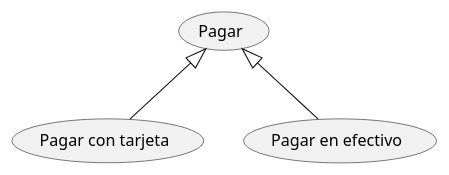
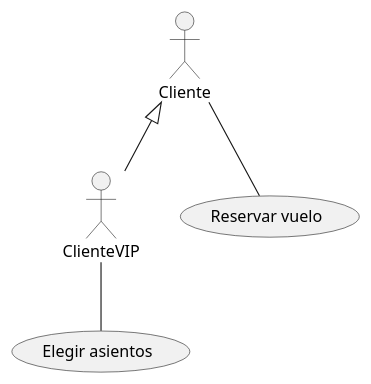
Before and after one commit to alejaandroobc/CasosDeUso_UML: the diagram in src/CasosDeUso_UML.puml, drawn with PlantUML.

Commit message:
Se hace una generalización con actores

```diff
--- a/src/CasosDeUso_UML.puml
+++ b/src/CasosDeUso_UML.puml
@@ -1,7 +1,9 @@
 @startuml
-usecase "Pagar" as UC1
-usecase "Pagar con tarjeta" as UC2
-usecase "Pagar en efectivo" as UC3
-UC1 <|-- UC3
-UC1 <|-- UC2
+:Cliente:
+:ClienteVIP:
+usecase "Reservar vuelo" as UC1
+usecase "Elegir asientos" as UC2
+Cliente <|-- ClienteVIP
+Cliente -- UC1
+ClienteVIP -- UC2
 @enduml
```
